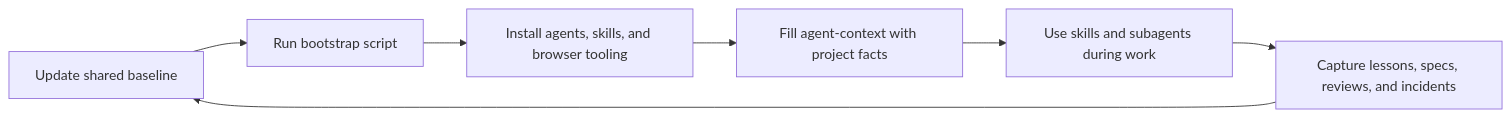
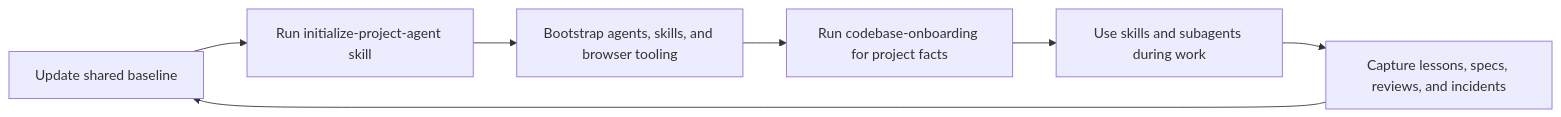
One commit to aloilor/lean-coding-agent changed the first of 3 diagrams in README.md. Above: the diagram before and after it, drawn with Mermaid. The commit also changed other lines of this file and 4 other files, not shown here.

Commit message:
docs(initialize-project-agent): route setup through onboarding skill

````diff
--- a/README.md
+++ b/README.md
@@ -40,9 +40,9 @@
 ```mermaid
 flowchart LR
-    A[Update shared baseline] --> B[Run bootstrap script]
-    B --> C[Install agents, skills, and browser tooling]
-    C --> D[Fill agent-context with project facts]
+    A[Update shared baseline] --> B[Run initialize-project-agent skill]
+    B --> C[Bootstrap agents, skills, and browser tooling]
+    C --> D[Run codebase-onboarding for project facts]
     D --> E[Use skills and subagents during work]
     E --> F[Capture lessons, specs, reviews, and incidents]
     F --> A
 ```
````
